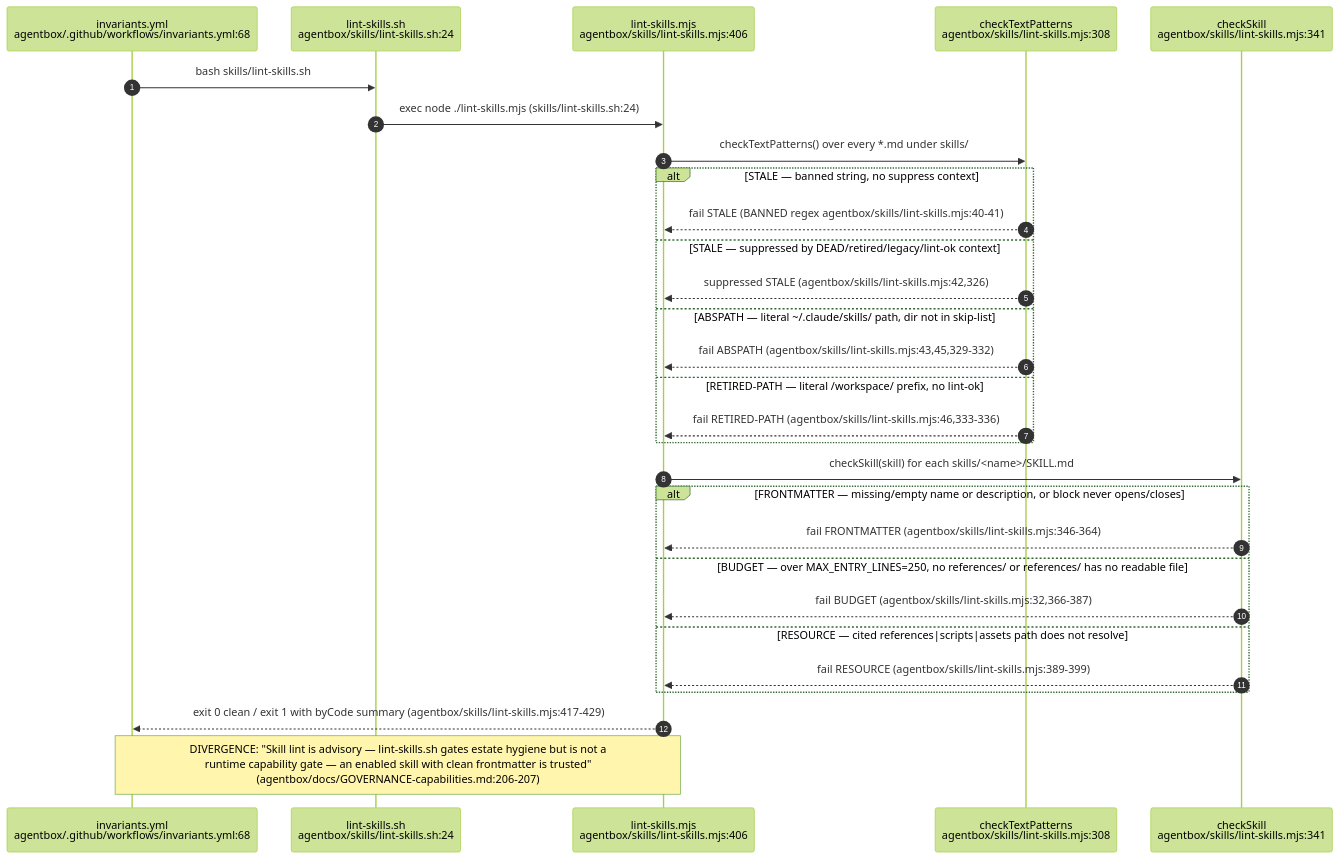
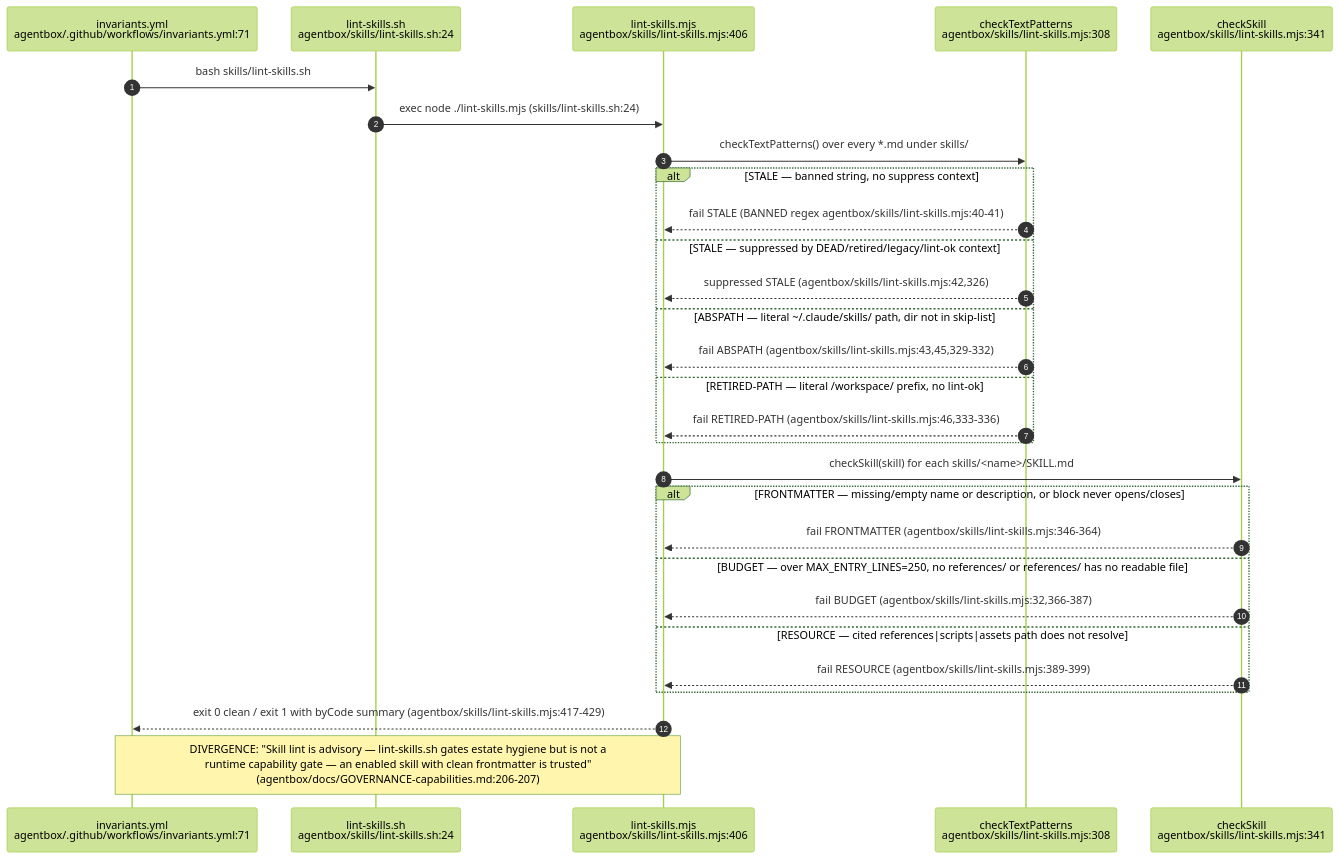
One commit to DreamLab-AI/AR-AI-Knowledge-Graph changed the third of 13 diagrams in docs/diagrams/agentbox/22-skills-and-routing.md. Above: the diagram before and after it, drawn with Mermaid (forest theme). The commit also changed other lines of this file and 73 other files, not shown here.

First line of the commit message:
docs(diagrams): re-verify all 71 topic files against HEAD; add --cite-check

````diff
--- a/docs/diagrams/agentbox/22-skills-and-routing.md
+++ b/docs/diagrams/agentbox/22-skills-and-routing.md
@@ -105,32 +105,32 @@
 ```mermaid
 sequenceDiagram
     autonumber
-    participant CI as invariants.yml<br/>agentbox/.github/workflows/invariants.yml:68
+    participant CI as invariants.yml<br/>agentbox/.github/workflows/invariants.yml:71
     participant SH as lint-skills.sh<br/>agentbox/skills/lint-skills.sh:24
     participant MJS as lint-skills.mjs<br/>agentbox/skills/lint-skills.mjs:406
     participant TXT as checkTextPatterns<br/>agentbox/skills/lint-skills.mjs:308
     participant SKC as checkSkill<br/>agentbox/skills/lint-skills.mjs:341
 
     CI->>SH: bash skills/lint-skills.sh
     SH->>MJS: exec node ./lint-skills.mjs (skills/lint-skills.sh:24)
     MJS->>TXT: checkTextPatterns() over every *.md under skills/
     alt STALE — banned string, no suppress context
         TXT-->>MJS: fail STALE (BANNED regex agentbox/skills/lint-skills.mjs:40-41)
     else STALE — suppressed by DEAD/retired/legacy/lint-ok context
         TXT-->>MJS: suppressed STALE (agentbox/skills/lint-skills.mjs:42,326)
     else ABSPATH — literal ~/.claude/skills/ path, dir not in skip-list
         TXT-->>MJS: fail ABSPATH (agentbox/skills/lint-skills.mjs:43,45,329-332)
     else RETIRED-PATH — literal /workspace/ prefix, no lint-ok
         TXT-->>MJS: fail RETIRED-PATH (agentbox/skills/lint-skills.mjs:46,333-336)
     end
     MJS->>SKC: checkSkill(skill) for each skills/<name>/SKILL.md
     alt FRONTMATTER — missing/empty name or description, or block never opens/closes
         SKC-->>MJS: fail FRONTMATTER (agentbox/skills/lint-skills.mjs:346-364)
     else BUDGET — over MAX_ENTRY_LINES=250, no references/ or references/ has no readable file
         SKC-->>MJS: fail BUDGET (agentbox/skills/lint-skills.mjs:32,366-387)
     else RESOURCE — cited references|scripts|assets path does not resolve
         SKC-->>MJS: fail RESOURCE (agentbox/skills/lint-skills.mjs:389-399)
     end
     MJS-->>CI: exit 0 clean / exit 1 with byCode summary (agentbox/skills/lint-skills.mjs:417-429)
     Note over MJS,CI: DIVERGENCE: "Skill lint is advisory — lint-skills.sh gates estate hygiene but is not a<br/>runtime capability gate — an enabled skill with clean frontmatter is trusted"<br/>(agentbox/docs/GOVERNANCE-capabilities.md:206-207)
 ```
````
